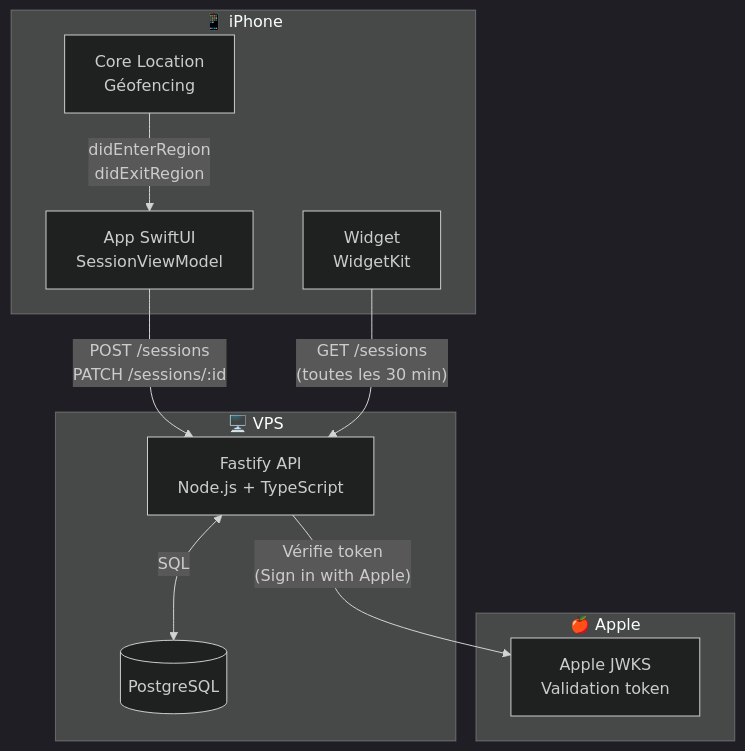
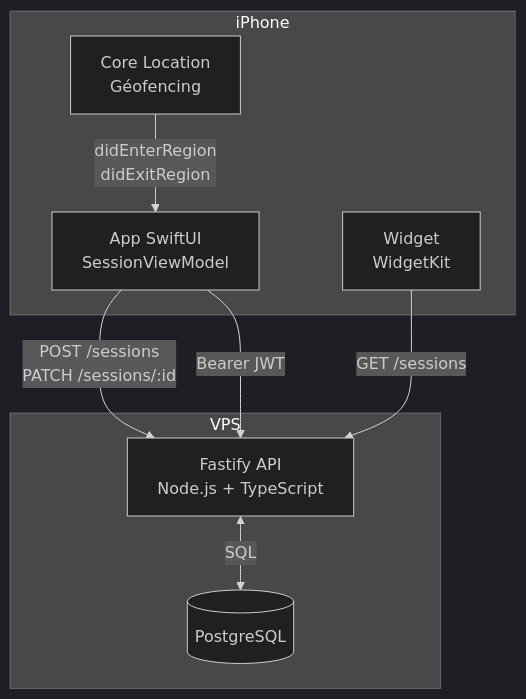
Before and after one commit to OscarPALISSOT/DeskClock: the first of 2 diagrams in README.md, drawn with Mermaid (dark theme). The commit also changed other lines of this file and 2 other files, not shown here.

````diff
--- a/README.md
+++ b/README.md
@@ -41,23 +41,19 @@
 ```mermaid
 graph TB
-    subgraph iPhone["📱 iPhone"]
+    subgraph iPhone["iPhone"]
         CL["Core Location\nGéofencing"]
         APP["App SwiftUI\nSessionViewModel"]
         WGT["Widget\nWidgetKit"]
     end
 
-    subgraph VPS["🖥️  VPS"]
+    subgraph VPS["VPS"]
         API["Fastify API\nNode.js + TypeScript"]
         DB[("PostgreSQL")]
     end
 
-    subgraph Apple["🍎 Apple"]
-        JWKS["Apple JWKS\nValidation token"]
-    end
-
     CL -->|"didEnterRegion\ndidExitRegion"| APP
     APP -->|"POST /sessions\nPATCH /sessions/:id"| API
-    WGT -->|"GET /sessions\n(toutes les 30 min)"| API
-    API -->|"Vérifie token\n(Sign in with Apple)"| JWKS
+    APP -->|"Bearer JWT"| API
+    WGT -->|"GET /sessions"| API
     API <-->|"SQL"| DB
 ```
````
